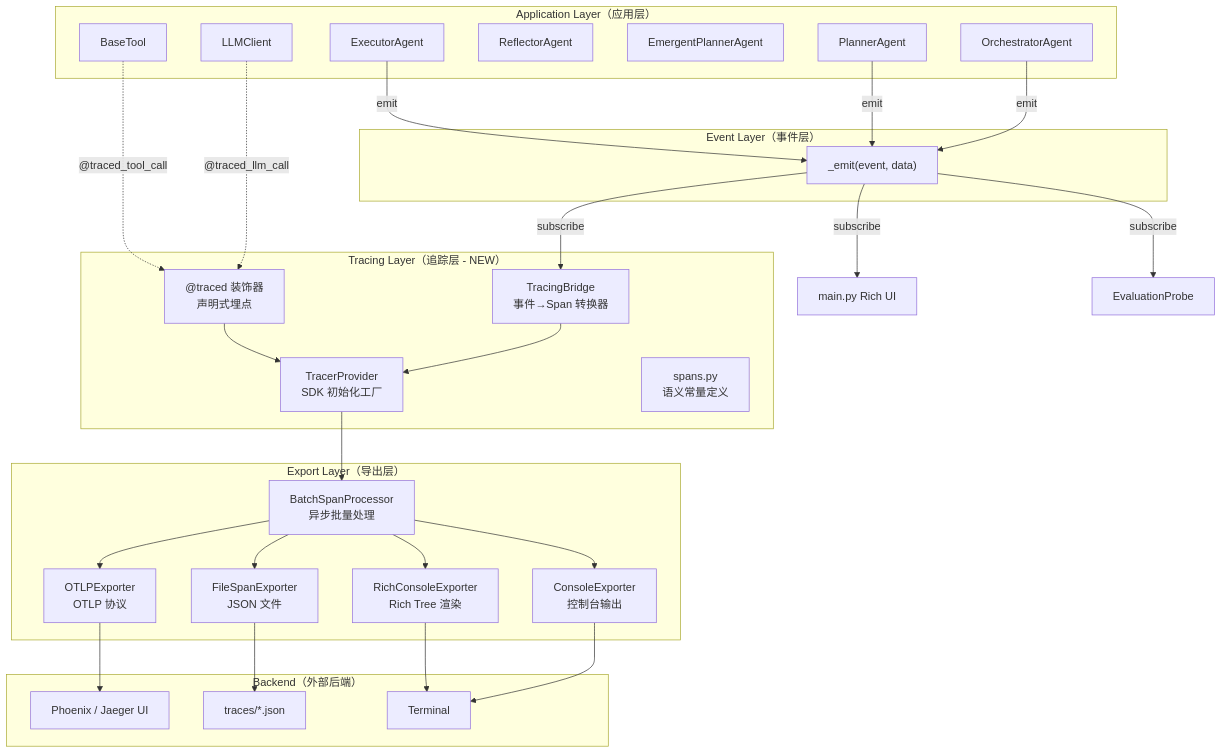
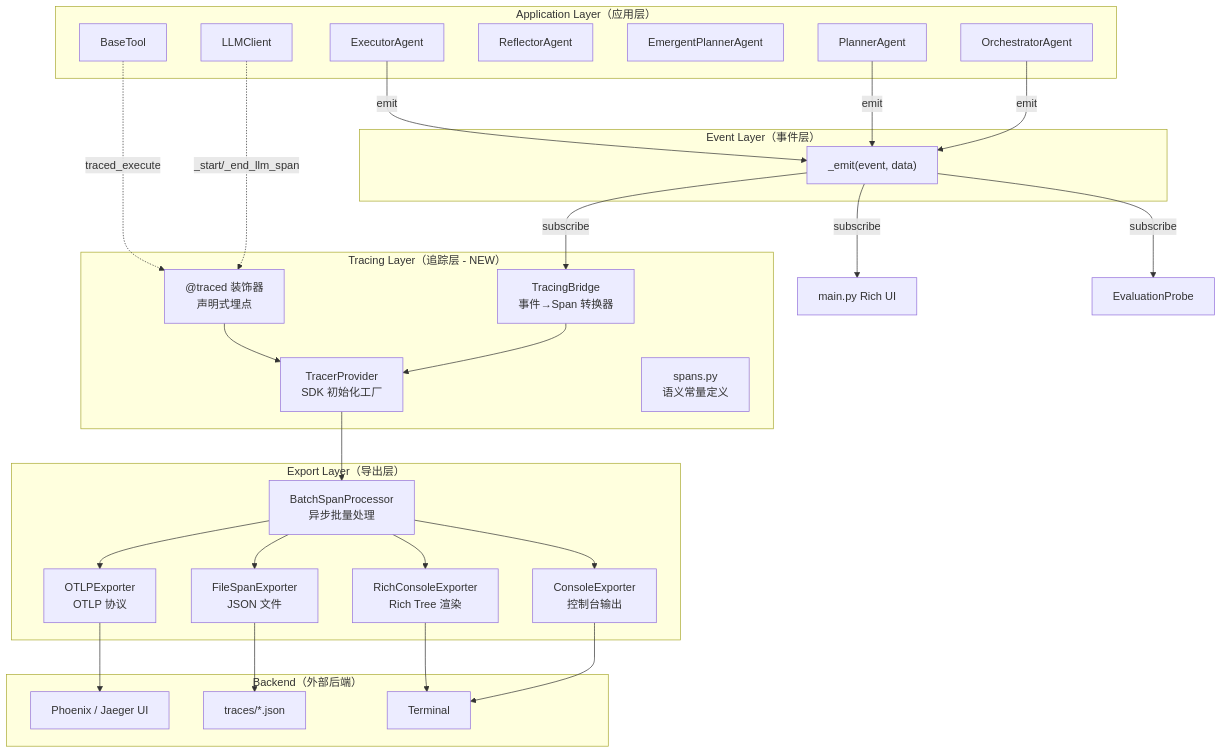
Before and after one commit to shixiangweiii/manus_demo: the first of 3 diagrams in sxw_aicoding/docs/tracing-design.md, drawn with Mermaid. The commit also changed other lines of this file and 25 other files, not shown here.

````diff
--- a/sxw_aicoding/docs/tracing-design.md
+++ b/sxw_aicoding/docs/tracing-design.md
@@ -56,60 +56,60 @@
 ```mermaid
 graph TB
     subgraph "Application Layer（应用层）"
         OA[OrchestratorAgent]
         PA[PlannerAgent]
         EA[ExecutorAgent]
         RA[ReflectorAgent]
         EP[EmergentPlannerAgent]
         LC[LLMClient]
         BT[BaseTool]
     end
 
     subgraph "Event Layer（事件层）"
         EMIT["_emit(event, data)"]
     end
 
     subgraph "Tracing Layer（追踪层 - NEW）"
         TB[TracingBridge<br/>事件→Span 转换器]
         DEC["@traced 装饰器<br/>声明式埋点"]
         TP[TracerProvider<br/>SDK 初始化工厂]
         SPANS[spans.py<br/>语义常量定义]
     end
 
     subgraph "Export Layer（导出层）"
         BSP[BatchSpanProcessor<br/>异步批量处理]
         CE[ConsoleExporter<br/>控制台输出]
         FE[FileSpanExporter<br/>JSON 文件]
         RE[RichConsoleExporter<br/>Rich Tree 渲染]
         OE[OTLPExporter<br/>OTLP 协议]
     end
 
     subgraph "Backend（外部后端）"
         PHX[Phoenix / Jaeger UI]
         JSON[traces/*.json]
         TERM[Terminal]
     end
 
     %% 应用层 → 事件层
     OA -->|emit| EMIT
     PA -->|emit| EMIT
     EA -->|emit| EMIT
 
     %% 事件层 → 多订阅者
     EMIT -->|subscribe| TB
     EMIT -->|subscribe| UI[main.py Rich UI]
     EMIT -->|subscribe| PROBE[EvaluationProbe]
 
-    %% 装饰器直接埋点
-    LC -.->|"@traced_llm_call"| DEC
-    BT -.->|"@traced_tool_call"| DEC
+    %% 内联埋点
+    LC -.->|"_start/_end_llm_span"| DEC
+    BT -.->|"traced_execute"| DEC
 
     %% 追踪层 → 导出层
     TB --> TP
     DEC --> TP
     TP --> BSP
     BSP --> CE --> TERM
     BSP --> FE --> JSON
     BSP --> RE --> TERM
     BSP --> OE --> PHX
 ```
````
